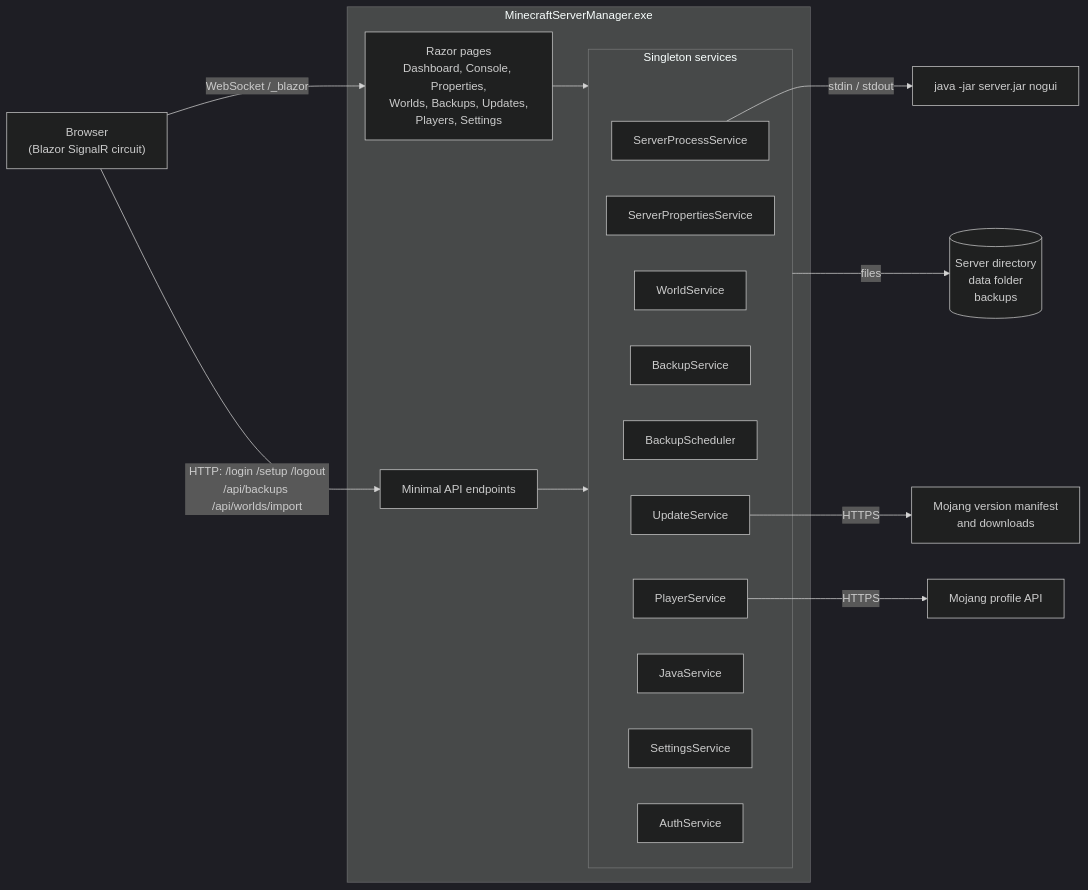
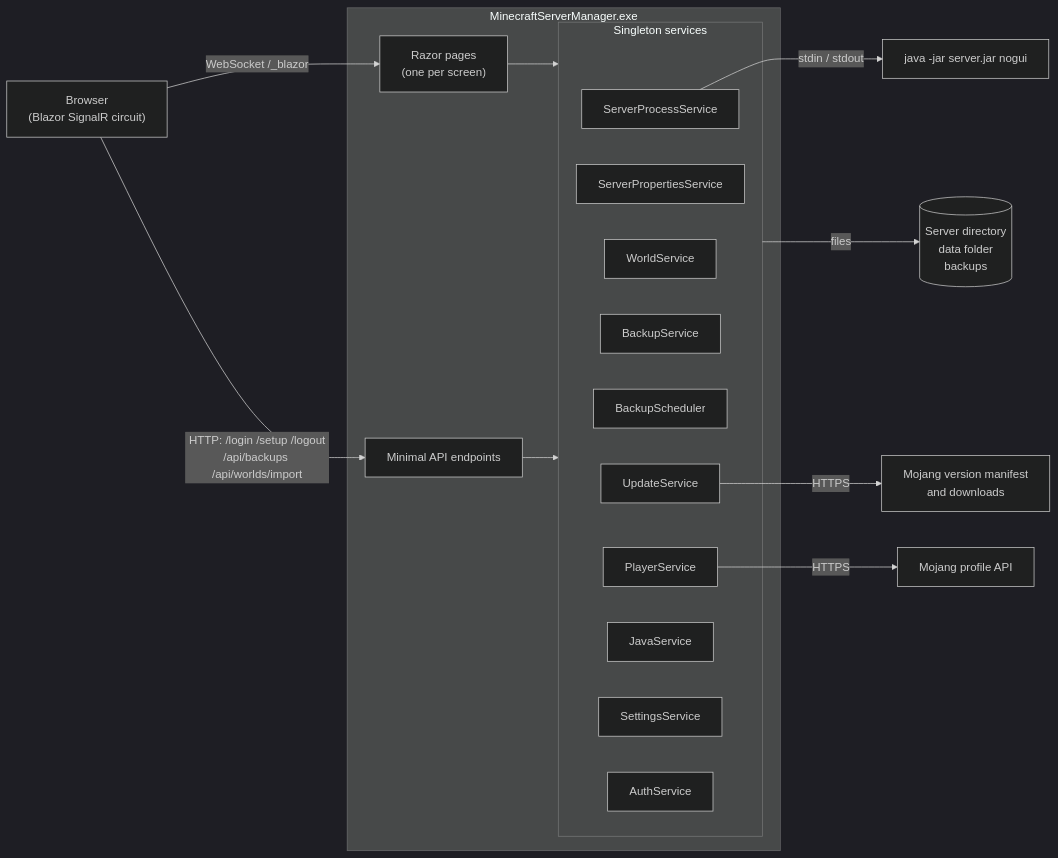
Before and after one commit to davegarner/minecraft-server-management: the first of 3 diagrams in docs/wiki/Architecture.md, drawn with Mermaid (dark theme).

Commit message:
Shorten component diagram label in Architecture wiki page

````diff
--- a/docs/wiki/Architecture.md
+++ b/docs/wiki/Architecture.md
@@ -18,29 +18,29 @@
 ```mermaid
 flowchart LR
     Browser["Browser<br/>(Blazor SignalR circuit)"] -- WebSocket /_blazor --> Pages
     Browser -- "HTTP: /login /setup /logout<br/>/api/backups /api/worlds/import" --> Endpoints
 
     subgraph Panel["MinecraftServerManager.exe"]
-        Pages["Razor pages<br/>Dashboard, Console, Properties,<br/>Worlds, Backups, Updates,<br/>Players, Settings"]
+        Pages["Razor pages<br/>(one per screen)"]
         Endpoints["Minimal API endpoints"]
         subgraph Services["Singleton services"]
             Process["ServerProcessService"]
             Props["ServerPropertiesService"]
             Worlds["WorldService"]
             Backups["BackupService"]
             Scheduler["BackupScheduler"]
             Updates["UpdateService"]
             Players["PlayerService"]
             Java["JavaService"]
             Settings["SettingsService"]
             Auth["AuthService"]
         end
         Pages --> Services
         Endpoints --> Services
     end
 
     Process -- "stdin / stdout" --> MC["java -jar server.jar nogui"]
     Updates -- HTTPS --> Mojang["Mojang version manifest<br/>and downloads"]
     Players -- HTTPS --> MojangApi["Mojang profile API"]
     Services -- files --> Disk[("Server directory<br/>data folder<br/>backups")]
 ```
````
